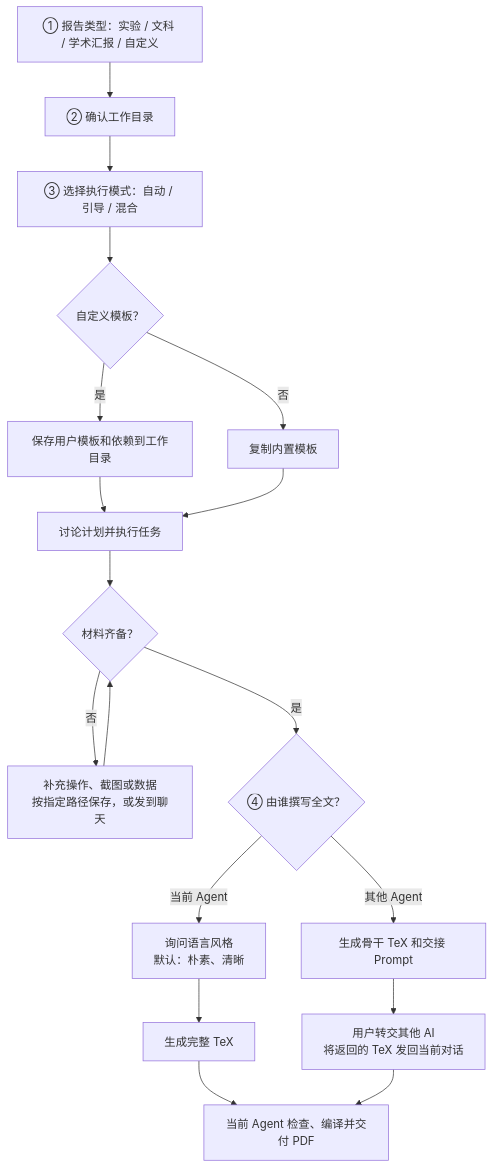
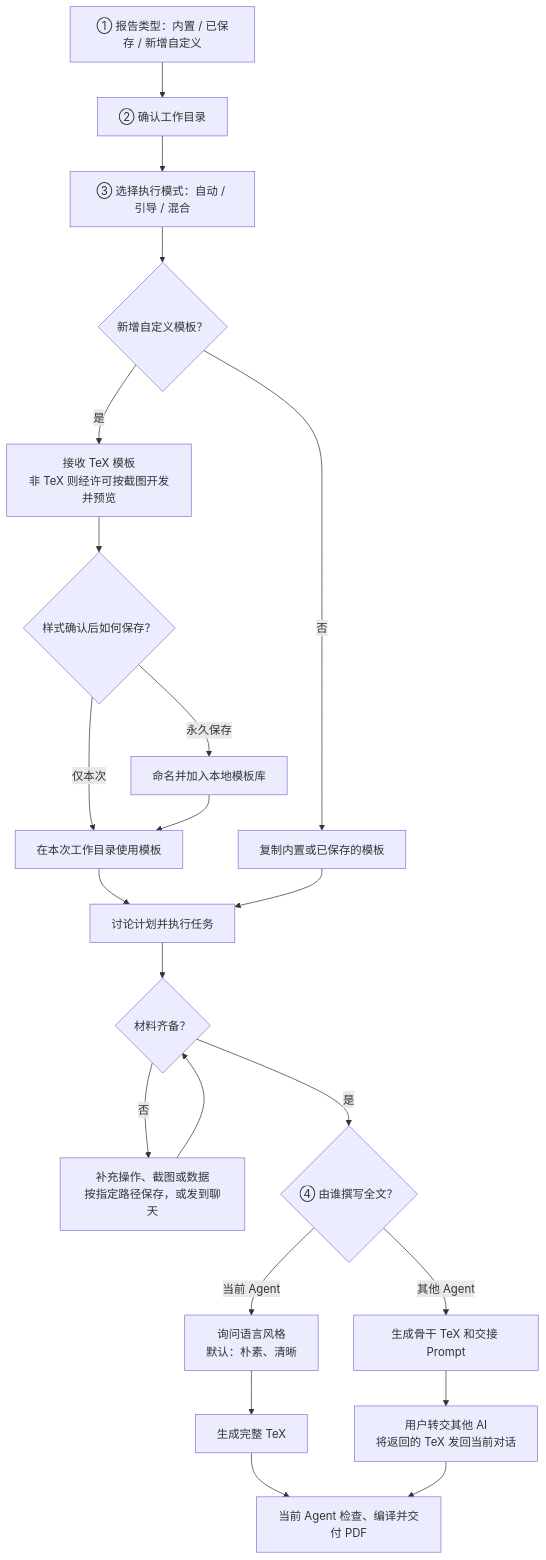
The diagram in README.md (Hanggoash/report-template), drawn with Mermaid before and after one commit. The commit also changed other lines of this file and 1 other file, not shown here.

````diff
--- a/README.md
+++ b/README.md
@@ -45,20 +56,24 @@
 ```mermaid
 flowchart TD
-    Q1["① 报告类型：实验 / 文科 / 学术汇报 / 自定义"] --> Q2["② 确认工作目录"]
+    Q1["① 报告类型：内置 / 已保存 / 新增自定义"] --> Q2["② 确认工作目录"]
     Q2 --> Q3["③ 选择执行模式：自动 / 引导 / 混合"]
-    Q3 --> T{"自定义模板？"}
-    T -->|是| C["保存用户模板和依赖到工作目录"]
-    T -->|否| B["复制内置模板"]
+    Q3 --> T{"新增自定义模板？"}
+    T -->|是| R["接收 TeX 模板<br/>非 TeX 则经许可按截图开发并预览"]
+    R --> K{"样式确认后如何保存？"}
+    K -->|仅本次| C["在本次工作目录使用模板"]
+    K -->|永久保存| L["命名并加入本地模板库"]
+    L --> C
+    T -->|否| B["复制内置或已保存的模板"]
     C --> P["讨论计划并执行任务"]
     B --> P
     P --> M{"材料齐备？"}
     M -->|否| E["补充操作、截图或数据<br/>按指定路径保存，或发到聊天"]
     E --> M
     M -->|是| Q4{"④ 由谁撰写全文？"}
     Q4 -->|当前 Agent| S["询问语言风格<br/>默认：朴素、清晰"]
     S --> W["生成完整 TeX"]
     Q4 -->|其他 Agent| H["生成骨干 TeX 和交接 Prompt"]
     H --> U["用户转交其他 AI<br/>将返回的 TeX 发回当前对话"]
     W --> F["当前 Agent 检查、编译并交付 PDF"]
     U --> F
 ```
````
